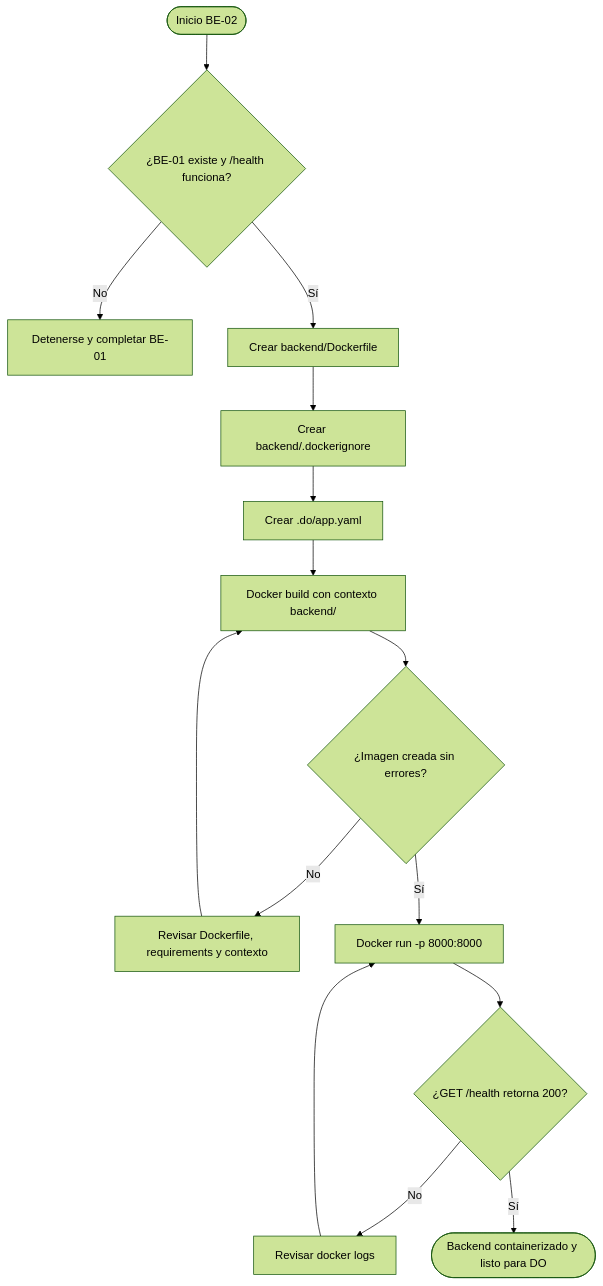
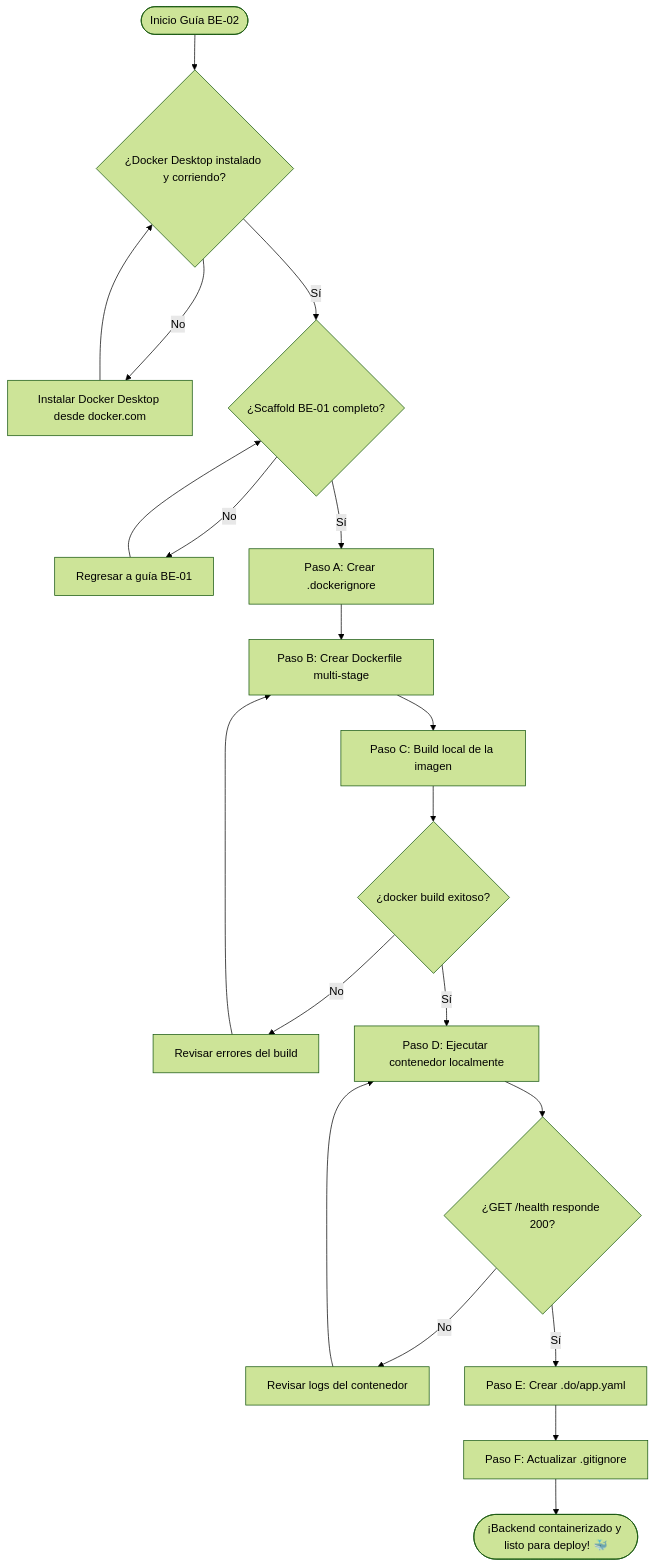
The first of 3 diagrams in docs/guides/be/BE-02.md (JuanSifuentesF/practica-testing), drawn with Mermaid (forest theme) before and after one commit. The commit also changed other lines of this file, not shown here.

First line of the commit message:
docs: add guide BE-02 — Dockerfile + DigitalOcean config

````diff
--- a/docs/guides/be/BE-02.md
+++ b/docs/guides/be/BE-02.md
@@ -363,20 +321,23 @@
 ```mermaid
 flowchart TD
-    Start([Inicio BE-02]) --> CheckBE01{¿BE-01 existe y /health funciona?}
-    CheckBE01 -- No --> Stop[Detenerse y completar BE-01]
-    CheckBE01 -- Sí --> Dockerfile[Crear backend/Dockerfile]
+    Start(["Inicio Guía BE-02"]) --> CheckDocker{"¿Docker Desktop instalado y corriendo?"}
+    CheckDocker -- No --> InstallDocker["Instalar Docker Desktop desde docker.com"]
+    InstallDocker --> CheckDocker
+    CheckDocker -- Sí --> CheckBE01{"¿Scaffold BE-01 completo?"}
+    CheckBE01 -- No --> GoBack["Regresar a guía BE-01"]
+    GoBack --> CheckBE01
+    CheckBE01 -- Sí --> StepA["Paso A: Crear .dockerignore"]
 
-    Dockerfile --> Dockerignore[Crear backend/.dockerignore]
-    Dockerignore --> AppSpec[Crear .do/app.yaml]
-    AppSpec --> Build[Docker build con contexto backend/]
-
-    Build --> BuildOk{¿Imagen creada sin errores?}
-    BuildOk -- No --> FixBuild[Revisar Dockerfile, requirements y contexto]
-    FixBuild --> Build
-
-    BuildOk -- Sí --> Run[Docker run -p 8000:8000]
-    Run --> Health{¿GET /health retorna 200?}
-    Health -- No --> Logs[Revisar docker logs]
-    Logs --> Run
-    Health -- Sí --> Ready([Backend containerizado y listo para DO])
+    StepA --> StepB["Paso B: Crear Dockerfile multi-stage"]
+    StepB --> StepC["Paso C: Build local de la imagen"]
+    StepC --> BuildOK{"¿docker build exitoso?"}
+    BuildOK -- No --> DebugBuild["Revisar errores del build"]
+    DebugBuild --> StepB
+    BuildOK -- Sí --> StepD["Paso D: Ejecutar contenedor localmente"]
+    StepD --> TestHealth{"¿GET /health responde 200?"}
+    TestHealth -- No --> DebugContainer["Revisar logs del contenedor"]
+    DebugContainer --> StepD
+    TestHealth -- Sí --> StepE["Paso E: Crear .do/app.yaml"]
+    StepE --> StepF["Paso F: Actualizar .gitignore"]
+    StepF --> End(["¡Backend containerizado y listo para deploy! 🐳"])
 ```
````
